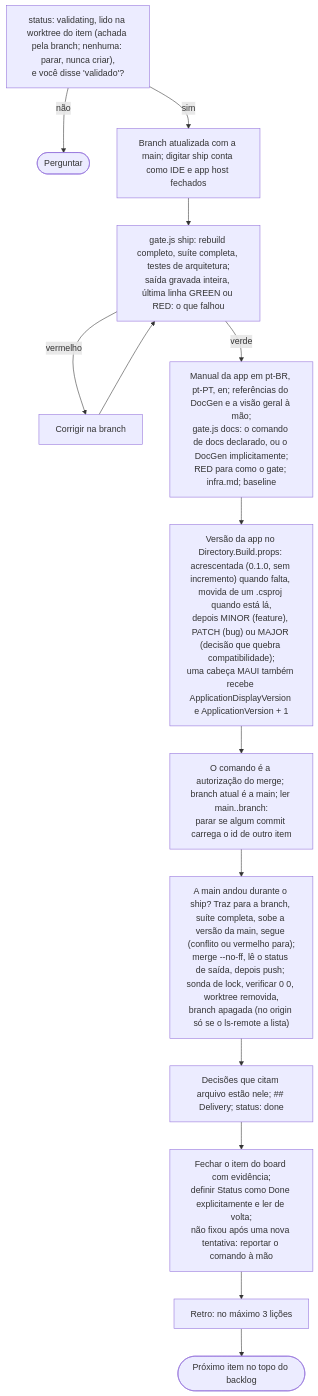
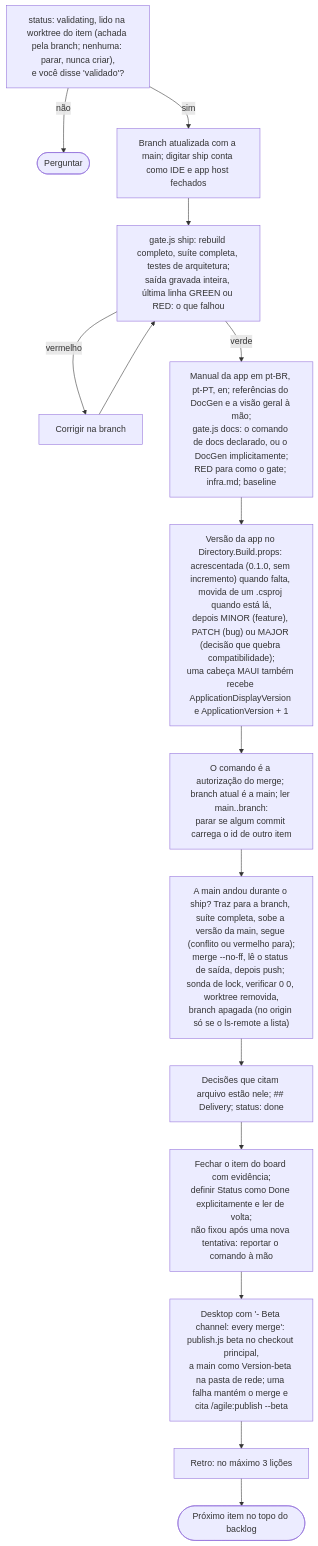
Diagram 12 of 20 in docs/agile/workflow.pt-BR.md (alexcanario/simulab), drawn with Mermaid before and after one commit. The commit also changed other lines of this file and 4 other files, not shown here.

````diff
--- a/docs/agile/workflow.pt-BR.md
+++ b/docs/agile/workflow.pt-BR.md
@@ -2787,16 +2888,17 @@
 ```mermaid
 flowchart TD
     A["status: validating, lido na worktree do item (achada pela branch; nenhuma: parar, nunca criar),<br/>e você disse 'validado'?"] -->|não| A1(["Perguntar"])
     A -->|sim| B["Branch atualizada com a main; digitar ship conta como IDE e app host fechados"]
     B --> C["gate.js ship: rebuild completo, suíte completa, testes de arquitetura;<br/>saída gravada inteira, última linha GREEN ou RED: o que falhou"]
     C -->|vermelho| C1["Corrigir na branch"]
     C1 --> C
     C -->|verde| D["Manual da app em pt-BR, pt-PT, en; referências do DocGen e a visão geral à mão;<br/>gate.js docs: o comando de docs declarado, ou o DocGen implicitamente;<br/>RED para como o gate; infra.md; baseline"]
     D --> D1["Versão da app no Directory.Build.props: acrescentada (0.1.0, sem incremento) quando falta, movida de um .csproj quando está lá,<br/>depois MINOR (feature), PATCH (bug) ou MAJOR (decisão que quebra compatibilidade);<br/>uma cabeça MAUI também recebe ApplicationDisplayVersion e ApplicationVersion + 1"]
     D1 --> E2["O comando é a autorização do merge; branch atual é a main; ler main..branch:<br/>parar se algum commit carrega o id de outro item"]
     E2 --> F["A main andou durante o ship? Traz para a branch, suíte completa, sobe a versão da main, segue (conflito ou vermelho para);<br/>merge --no-ff, lê o status de saída, depois push; sonda de lock, verificar 0 0, worktree removida,<br/>branch apagada (no origin só se o ls-remote a lista)"]
     F --> G["Decisões que citam arquivo estão nele; ## Delivery; status: done"]
     G --> H["Fechar o item do board com evidência;<br/>definir Status como Done explicitamente e ler de volta;<br/>não fixou após uma nova tentativa: reportar o comando à mão"]
-    H --> I["Retro: no máximo 3 lições"]
+    H --> H2["Desktop com '- Beta channel: every merge': publish.js beta no checkout principal,<br/>a main como Version-beta na pasta de rede; uma falha mantém o merge e cita /agile:publish --beta"]
+    H2 --> I["Retro: no máximo 3 lições"]
     I --> J(["Próximo item no topo do backlog"])
 ```
````
